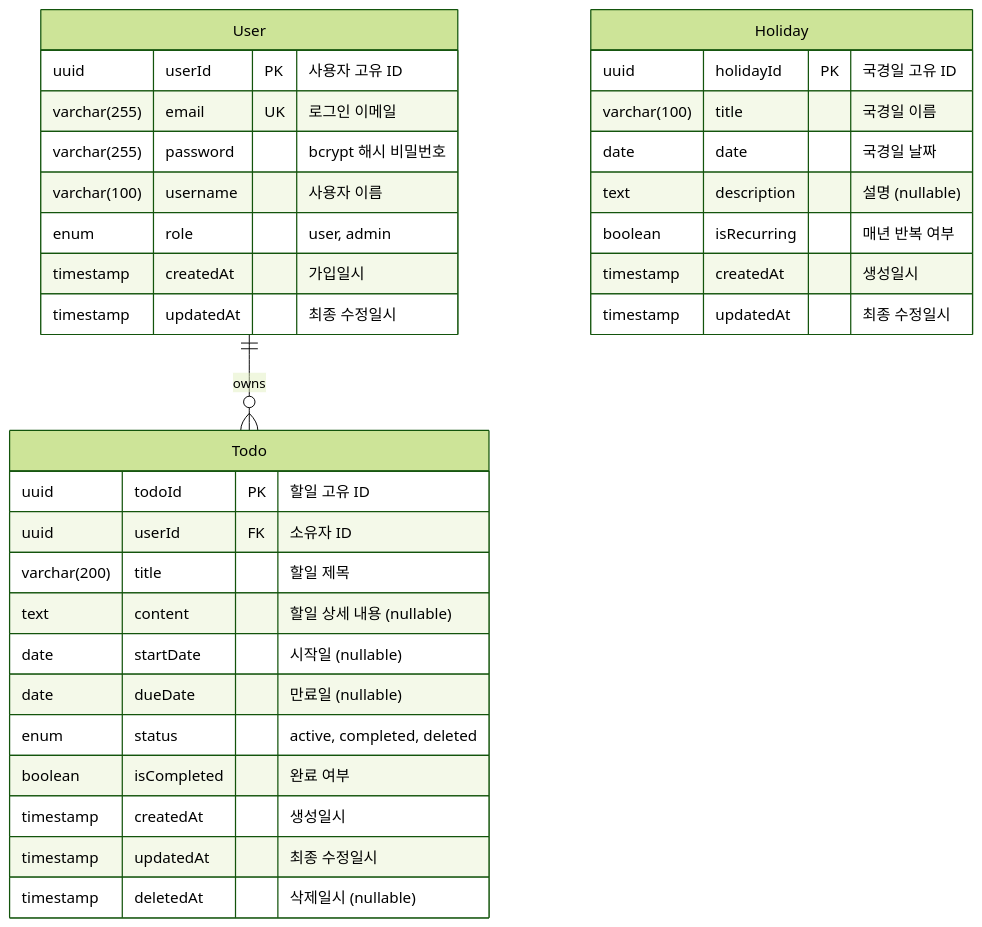
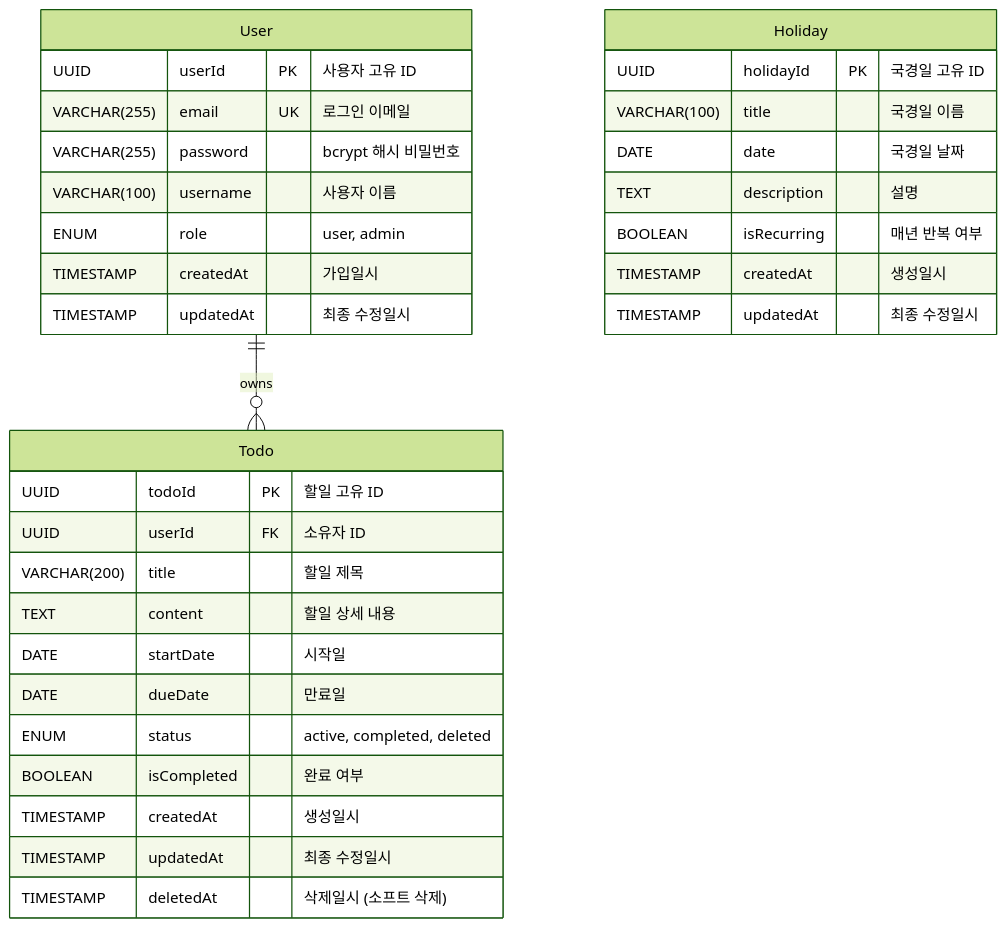
One commit to igkim2014/igk-todolist changed the diagram in docs/6-erd.md. Above: the diagram before and after it, drawn with Mermaid (forest theme). The commit also changed other lines of this file and 60 other files, not shown here.

````diff
--- a/docs/6-erd.md
+++ b/docs/6-erd.md
@@ -47,38 +64,38 @@
 ```mermaid
 erDiagram
-    User ||--o{ Todo : owns
+    User ||--o{ Todo : "owns"
 
     User {
-        uuid userId PK "사용자 고유 ID"
-        varchar(255) email UK "로그인 이메일"
-        varchar(255) password "bcrypt 해시 비밀번호"
-        varchar(100) username "사용자 이름"
-        enum role "user, admin"
-        timestamp createdAt "가입일시"
-        timestamp updatedAt "최종 수정일시"
+        UUID userId PK "사용자 고유 ID"
+        VARCHAR(255) email UK "로그인 이메일"
+        VARCHAR(255) password "bcrypt 해시 비밀번호"
+        VARCHAR(100) username "사용자 이름"
+        ENUM role "user, admin"
+        TIMESTAMP createdAt "가입일시"
+        TIMESTAMP updatedAt "최종 수정일시"
     }
 
     Todo {
-        uuid todoId PK "할일 고유 ID"
-        uuid userId FK "소유자 ID"
-        varchar(200) title "할일 제목"
-        text content "할일 상세 내용 (nullable)"
-        date startDate "시작일 (nullable)"
-        date dueDate "만료일 (nullable)"
-        enum status "active, completed, deleted"
-        boolean isCompleted "완료 여부"
-        timestamp createdAt "생성일시"
-        timestamp updatedAt "최종 수정일시"
-        timestamp deletedAt "삭제일시 (nullable)"
+        UUID todoId PK "할일 고유 ID"
+        UUID userId FK "소유자 ID"
+        VARCHAR(200) title "할일 제목"
+        TEXT content "할일 상세 내용"
+        DATE startDate "시작일"
+        DATE dueDate "만료일"
+        ENUM status "active, completed, deleted"
+        BOOLEAN isCompleted "완료 여부"
+        TIMESTAMP createdAt "생성일시"
+        TIMESTAMP updatedAt "최종 수정일시"
+        TIMESTAMP deletedAt "삭제일시 (소프트 삭제)"
     }
 
     Holiday {
-        uuid holidayId PK "국경일 고유 ID"
-        varchar(100) title "국경일 이름"
-        date date "국경일 날짜"
-        text description "설명 (nullable)"
-        boolean isRecurring "매년 반복 여부"
-        timestamp createdAt "생성일시"
-        timestamp updatedAt "최종 수정일시"
+        UUID holidayId PK "국경일 고유 ID"
+        VARCHAR(100) title "국경일 이름"
+        DATE date "국경일 날짜"
+        TEXT description "설명"
+        BOOLEAN isRecurring "매년 반복 여부"
+        TIMESTAMP createdAt "생성일시"
+        TIMESTAMP updatedAt "최종 수정일시"
     }
 ```
````
